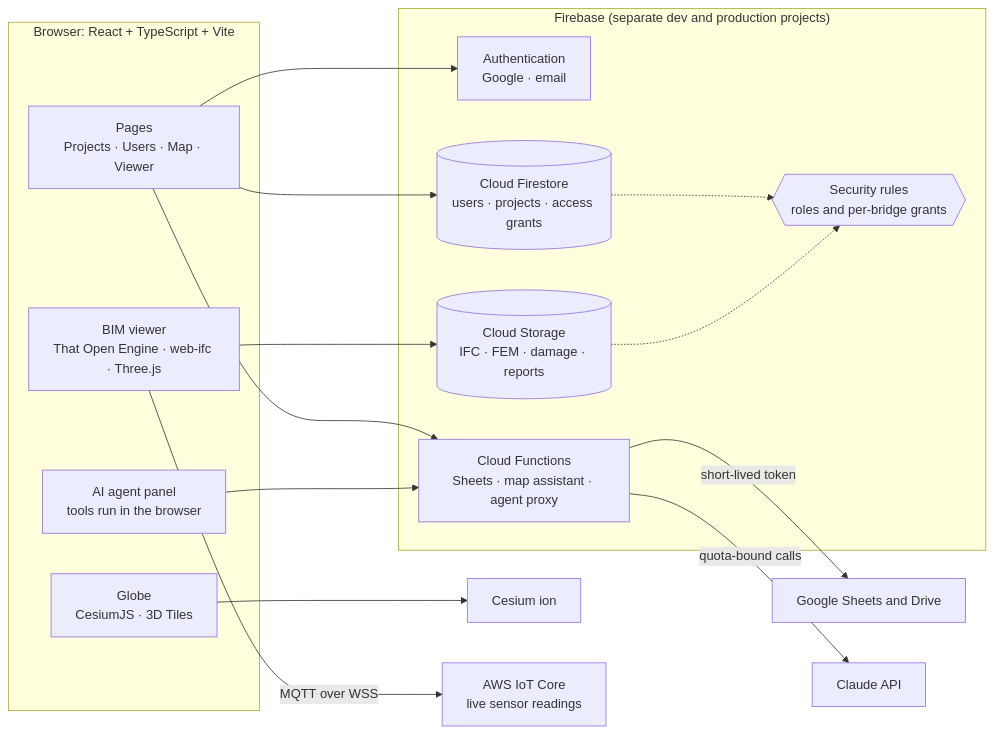
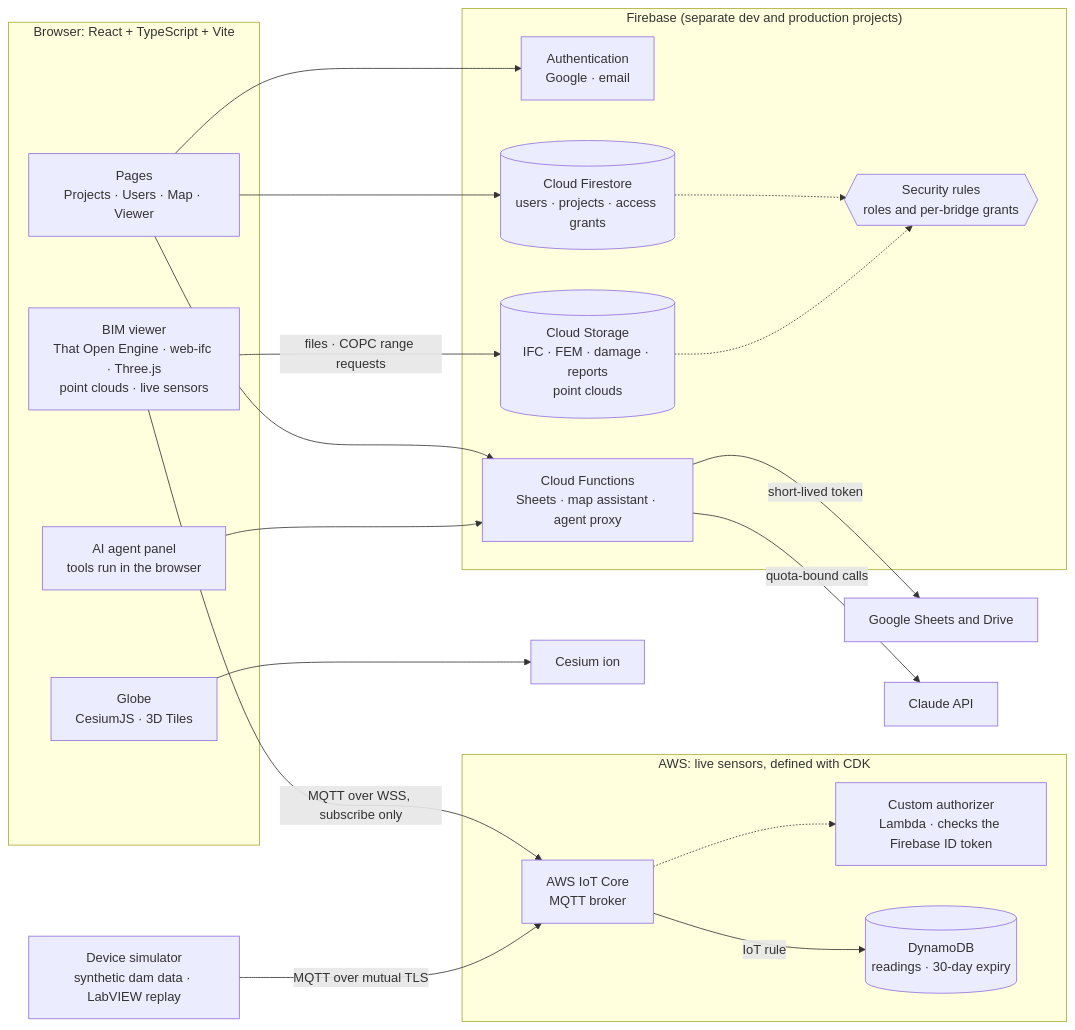
Before and after one commit to fbrandao2k/digital-twin-platform-case-study: the first of 6 diagrams in docs/architecture.md, drawn with Mermaid. The commit also changed other lines of this file and 7 other files, not shown here.

First line of the commit message:
Add point clouds, scanned bridge models and the LabVIEW replay

````diff
--- a/docs/architecture.md
+++ b/docs/architecture.md
@@ -7,29 +7,40 @@
 ```mermaid
 flowchart LR
     subgraph Browser["Browser: React + TypeScript + Vite"]
         Pages["Pages<br/>Projects · Users · Map · Viewer"]
-        Viewer["BIM viewer<br/>That Open Engine · web-ifc · Three.js"]
+        Viewer["BIM viewer<br/>That Open Engine · web-ifc · Three.js<br/>point clouds · live sensors"]
         Globe["Globe<br/>CesiumJS · 3D Tiles"]
         Agent["AI agent panel<br/>tools run in the browser"]
     end
 
     subgraph Firebase["Firebase (separate dev and production projects)"]
         Auth["Authentication<br/>Google · email"]
         Firestore[("Cloud Firestore<br/>users · projects · access grants")]
-        Storage[("Cloud Storage<br/>IFC · FEM · damage · reports")]
+        Storage[("Cloud Storage<br/>IFC · FEM · damage · reports<br/>point clouds")]
         Functions["Cloud Functions<br/>Sheets · map assistant · agent proxy"]
         Rules{{"Security rules<br/>roles and per-bridge grants"}}
     end
 
+    subgraph AWS["AWS: live sensors, defined with CDK"]
+        IoT["AWS IoT Core<br/>MQTT broker"]
+        Authorizer["Custom authorizer<br/>Lambda · checks the Firebase ID token"]
+        Readings[("DynamoDB<br/>readings · 30-day expiry")]
+    end
+
+    Device["Device simulator<br/>synthetic dam data · LabVIEW replay"]
+
     Pages --> Auth
-    Viewer --> Storage
+    Viewer -->|"files · COPC range requests"| Storage
     Pages --> Firestore
     Firestore -.-> Rules
     Storage -.-> Rules
     Pages --> Functions
     Functions -->|"short-lived token"| Sheets["Google Sheets and Drive"]
     Agent --> Functions
     Functions -->|"quota-bound calls"| Claude["Claude API"]
     Globe --> Ion["Cesium ion"]
-    Viewer -->|"MQTT over WSS"| IoT["AWS IoT Core<br/>live sensor readings"]
+    Viewer -->|"MQTT over WSS, subscribe only"| IoT
+    IoT -.-> Authorizer
+    Device -->|"MQTT over mutual TLS"| IoT
+    IoT -->|"IoT rule"| Readings
 ```
````
